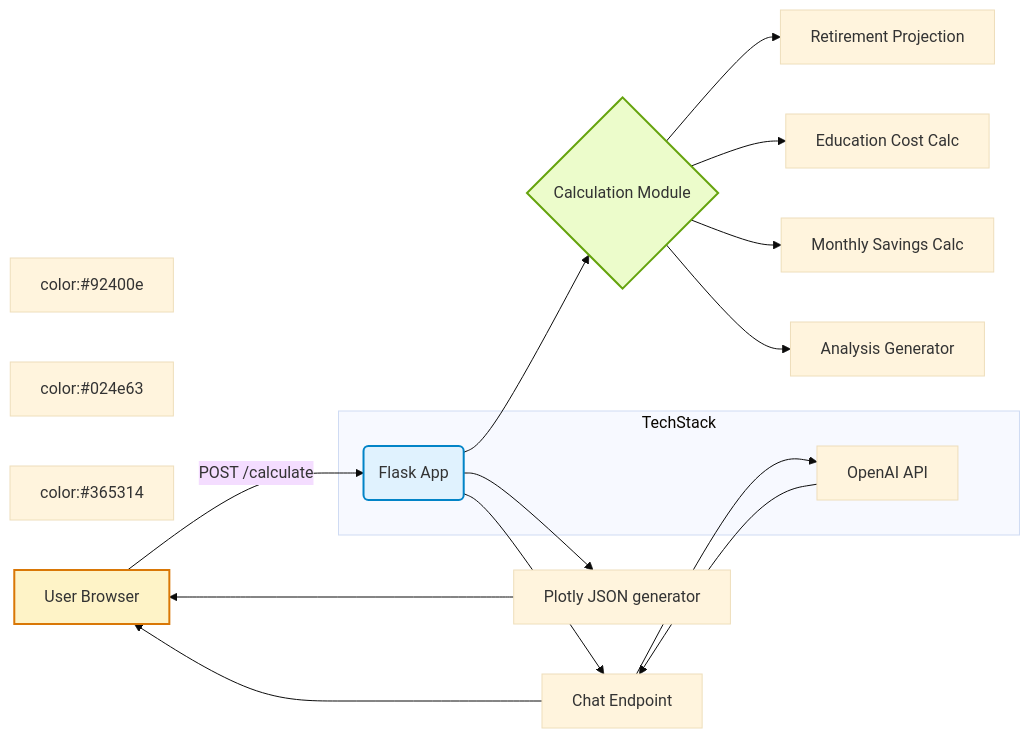
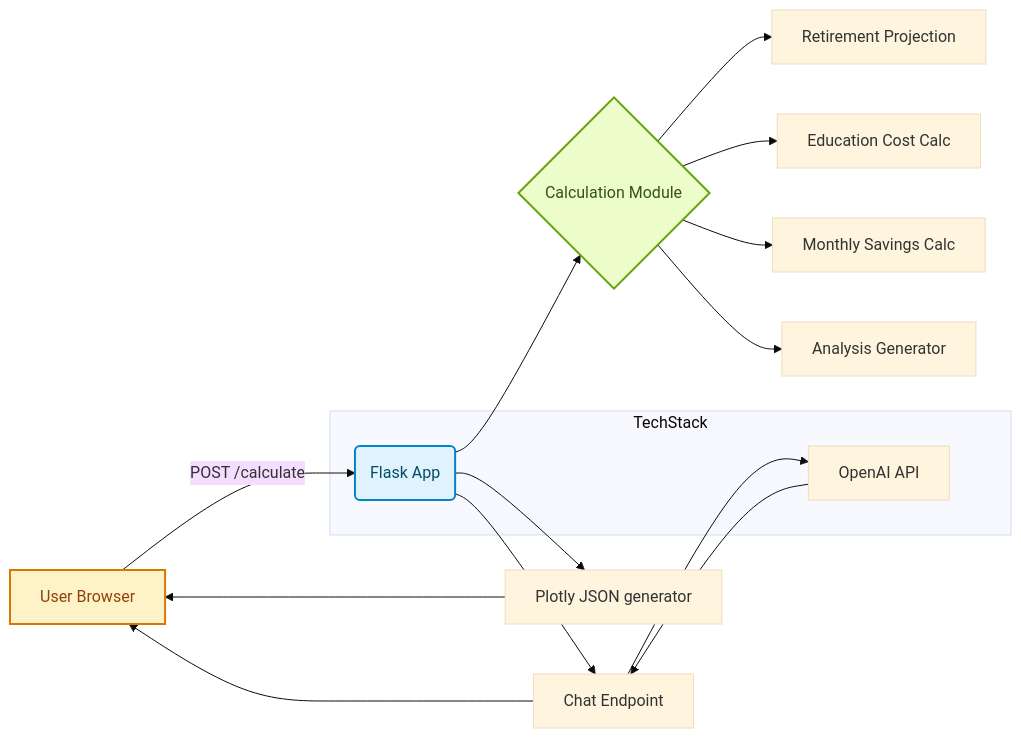
The first of 2 diagrams in README.md (bmdayal/FinancialPlannerAgent), drawn with Mermaid (base theme) before and after one commit. The commit also changed other lines of this file and 3 other files, not shown here.

````diff
--- a/README.md
+++ b/README.md
@@ -96,22 +76,22 @@
 ```mermaid
 flowchart LR
-	classDef userStyle fill:#fef3c7,stroke:#d97706,stroke-width:2px;color:#92400e;
-	classDef appStyle fill:#e0f2fe,stroke:#0284c7,stroke-width:2px;color:#024e63;
-	classDef calcStyle fill:#ecfccb,stroke:#65a30d,stroke-width:2px;color:#365314;
+	classDef userStyle fill:#fef3c7,stroke:#d97706,stroke-width:2px,color:#92400e;
+	classDef appStyle fill:#e0f2fe,stroke:#0284c7,stroke-width:2px,color:#024e63;
+	classDef calcStyle fill:#ecfccb,stroke:#65a30d,stroke-width:2px,color:#365314;
 	A[User Browser]:::userStyle -->|POST /calculate| B(Flask App):::appStyle
 	B --> C{Calculation Module}:::calcStyle
 	C --> D[Retirement Projection]
 	C --> E[Education Cost Calc]
 	C --> F[Monthly Savings Calc]
 	C --> G[Analysis Generator]
 	B --> H[Plotly JSON generator]
 	H --> A
 	B --> I[Chat Endpoint]
 	I --> J[OpenAI API]
 	J --> I
 	I --> A
 	subgraph TechStack
 		B
 		J
 	end
 ```
````
